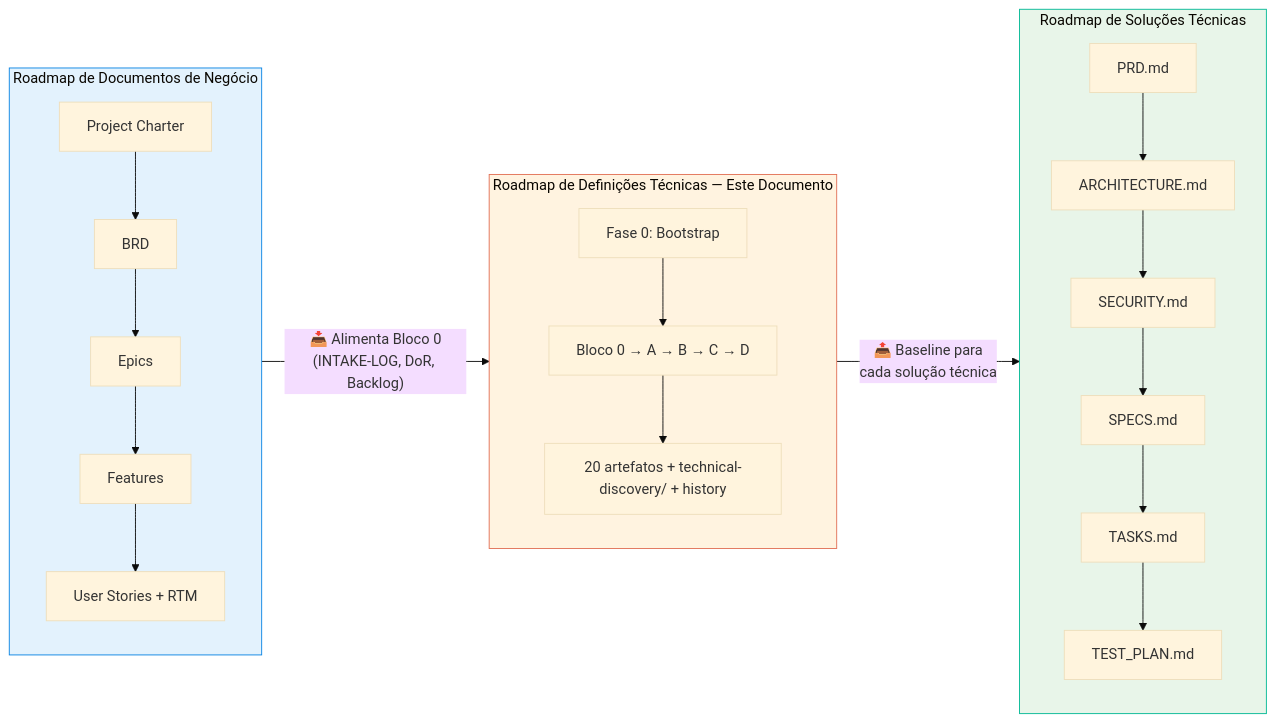
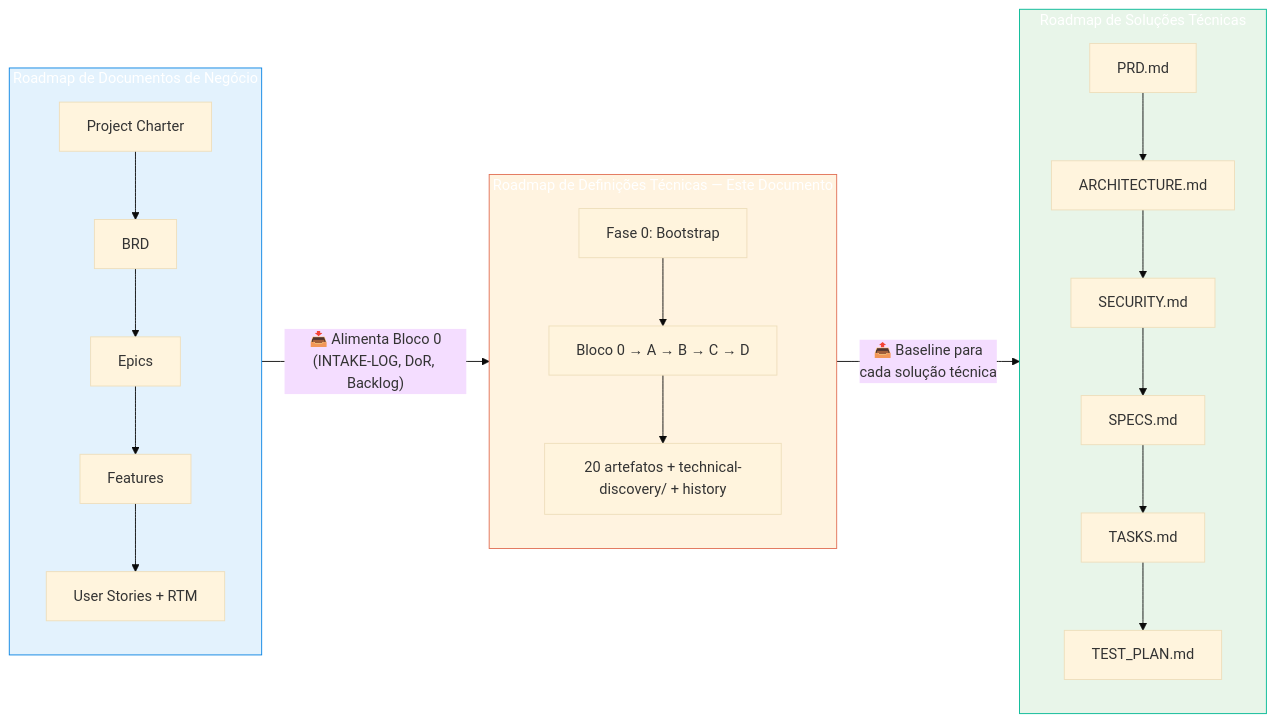
Before and after one commit to bolismar69/workspace-fbso: the ninth of 11 diagrams in .specs/prompts/project-technical-definitions/FLOWCHART-PROMPT-ROADMAP-GENERATE-PROJECT-TECHNICAL-DEFINITIONS.md, drawn with Mermaid (base theme). The commit also changed other lines of this file and 6 other files, not shown here.

First line of the commit message:
feat: fase 3 janelas — consistência global (EXECUTION v2.1, master v3.1/39 docs/118 prompts, 3 flowcharts)

````diff
--- a/.specs/prompts/project-technical-definitions/FLOWCHART-PROMPT-ROADMAP-GENERATE-PROJECT-TECHNICAL-DEFINITIONS.md
+++ b/.specs/prompts/project-technical-definitions/FLOWCHART-PROMPT-ROADMAP-GENERATE-PROJECT-TECHNICAL-DEFINITIONS.md
@@ -882,25 +890,25 @@
 ```mermaid
 flowchart LR
     subgraph NEGOCIO[Roadmap de Documentos de Negócio]
         direction TB
         N1[Project Charter] --> N2[BRD] --> N3[Epics] --> N4[Features] --> N5[User Stories + RTM]
     end
 
     subgraph DEFS[Roadmap de Definições Técnicas — Este Documento]
         direction TB
         D0[Fase 0: Bootstrap] --> D_BLOCOS[Bloco 0 → A → B → C → D]
         D_BLOCOS --> D_OUT[20 artefatos + technical-discovery/ + history]
     end
 
     subgraph TEC[Roadmap de Soluções Técnicas]
         direction TB
         T1[PRD.md] --> T2[ARCHITECTURE.md] --> T3[SECURITY.md] --> T4[SPECS.md] --> T5[TASKS.md] --> T6[TEST_PLAN.md]
     end
 
     N5 -->|"📥 Alimenta Bloco 0<br/>(INTAKE-LOG, DoR, Backlog)"| DEFS
     D_OUT -->|"📤 Baseline para<br/>cada solução técnica"| T1
 
-    style NEGOCIO fill:#e3f2fd,stroke:#0984e3
-    style DEFS fill:#fff3e0,stroke:#e17055
-    style TEC fill:#e8f5e9,stroke:#00b894
+    style NEGOCIO fill:#e3f2fd,stroke:#0984e3,color:#ffffff
+    style DEFS fill:#fff3e0,stroke:#e17055,color:#ffffff
+    style TEC fill:#e8f5e9,stroke:#00b894,color:#ffffff
 ```
````
